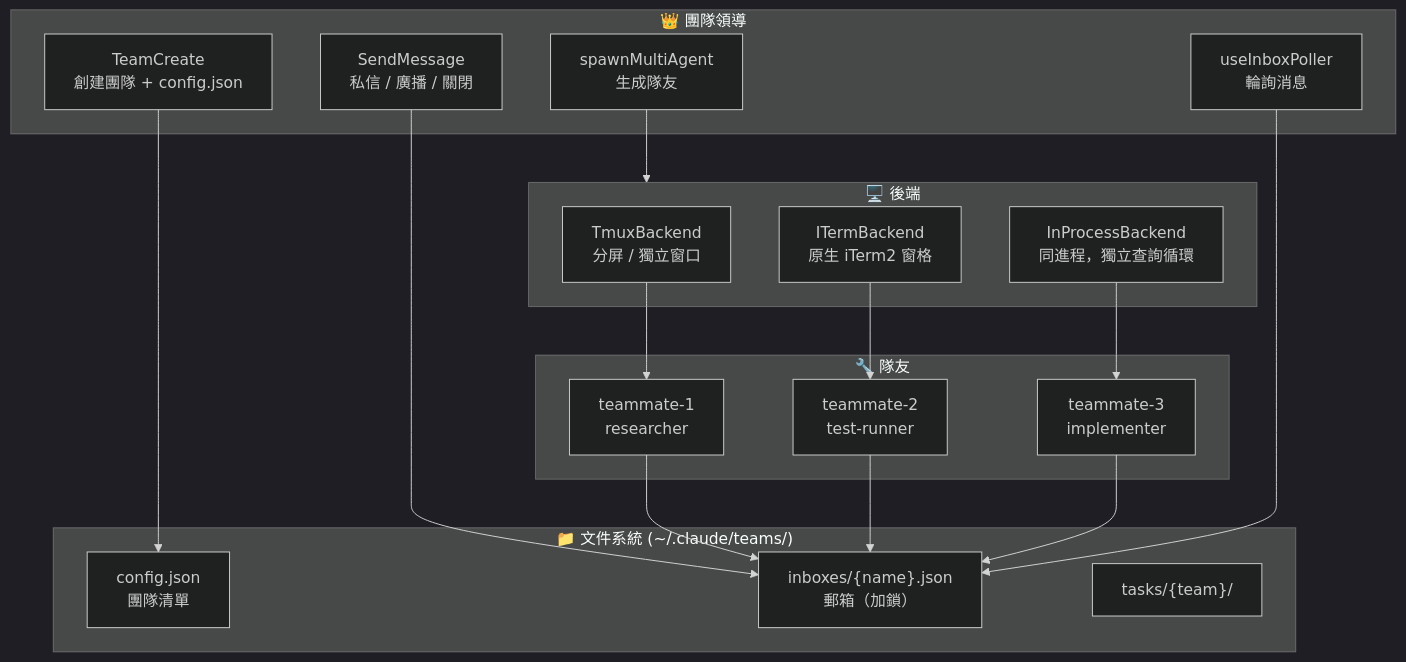
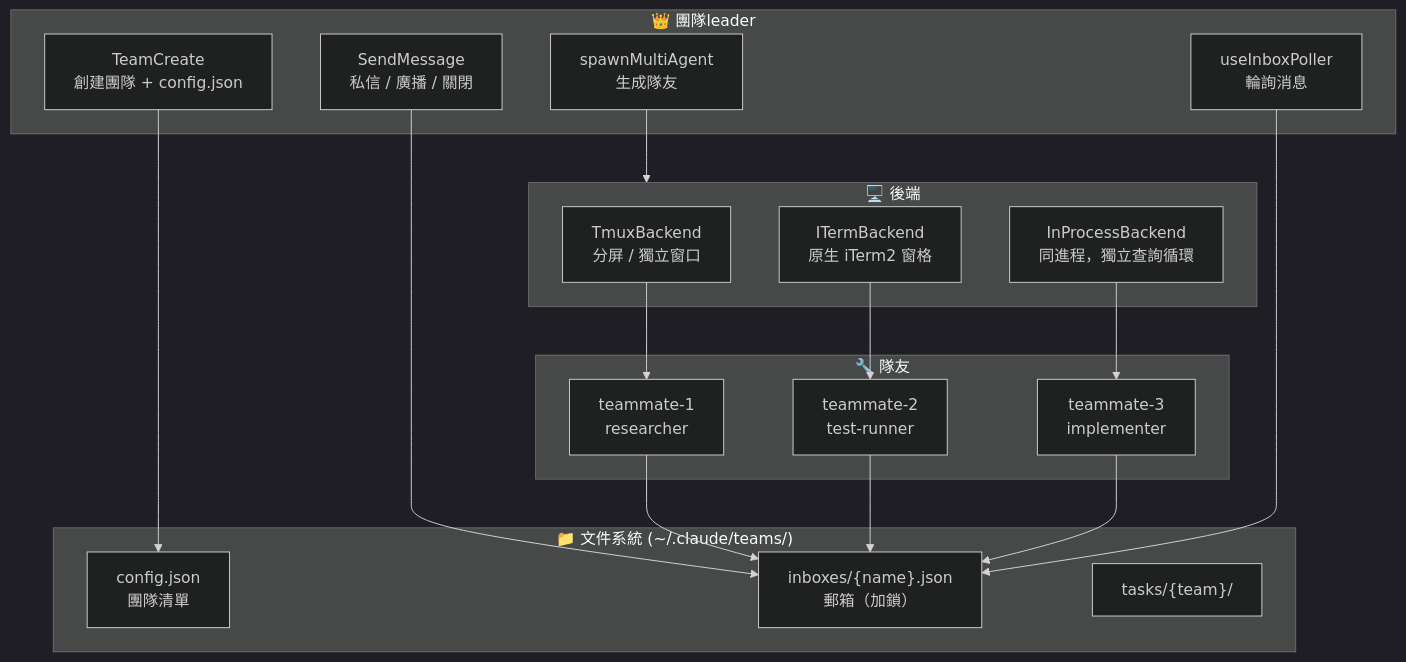
One commit to jwcrystal/claude-reviews-claude changed the diagram in architecture/zh-TW/08-agent-swarms.md. Above: the diagram before and after it, drawn with Mermaid (dark theme). The commit also changed other lines of this file and 13 other files, not shown here.

````diff
--- a/architecture/zh-TW/08-agent-swarms.md
+++ b/architecture/zh-TW/08-agent-swarms.md
@@ -11,38 +11,38 @@
 ```mermaid
 graph TB
-    subgraph Leader["👑 團隊領導"]
+    subgraph Leader["👑 團隊leader"]
         TC["TeamCreate<br/>創建團隊 + config.json"]
         SPAWN["spawnMultiAgent<br/>生成隊友"]
         SEND["SendMessage<br/>私信 / 廣播 / 關閉"]
         INBOX_POLL["useInboxPoller<br/>輪詢消息"]
     end
 
     subgraph Backend["🖥️ 後端"]
         TMUX["TmuxBackend<br/>分屏 / 獨立窗口"]
         ITERM["ITermBackend<br/>原生 iTerm2 窗格"]
         INPROC["InProcessBackend<br/>同進程，獨立查詢循環"]
     end
 
     subgraph FS["📁 文件系統 (~/.claude/teams/)"]
         CONFIG["config.json<br/>團隊清單"]
         MBOX["inboxes/{name}.json<br/>郵箱（加鎖）"]
         TASKS["tasks/{team}/"]
     end
 
     subgraph Workers["🔧 隊友"]
         W1["teammate-1<br/>researcher"]
         W2["teammate-2<br/>test-runner"]
         W3["teammate-3<br/>implementer"]
     end
 
     TC --> CONFIG
     SPAWN --> Backend
     TMUX --> W1
     ITERM --> W2
     INPROC --> W3
     SEND --> MBOX
     W1 --> MBOX
     W2 --> MBOX
     W3 --> MBOX
     INBOX_POLL --> MBOX
 ```
````
